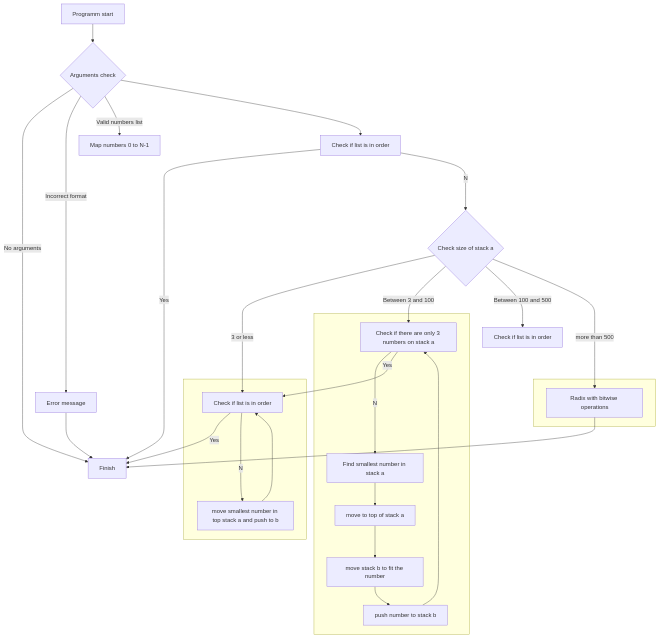
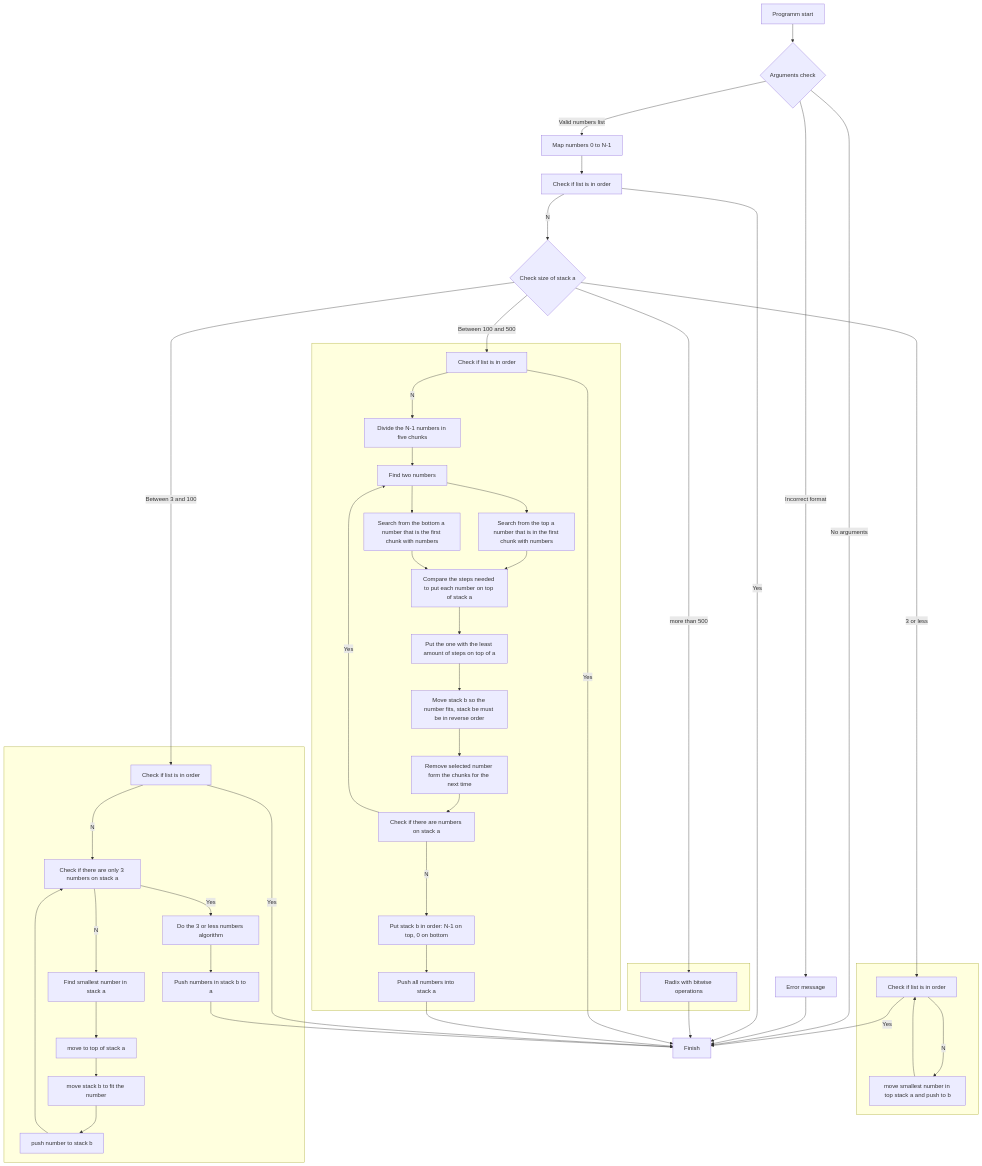
The diagram in algorithm.md (sanmorpa/push_swap), drawn with Mermaid before and after one commit.

Commit message:
Better flowchart
All cases added, I must modify the disposition

````diff
--- a/algorithm.md
+++ b/algorithm.md
@@ -2,26 +2,43 @@
 ```mermaid
     flowchart TB;
     A[Programm start]-->B{Arguments check};
     B--No arguments-->Z[Finish];
     B--Incorrect format-->D[Error message];
     D-->Z;
     B--Valid numbers list-->E[Map numbers 0 to N-1];
-    B-->Y[Check if list is in order];
+    E-->Y[Check if list is in order];
     Y--Yes-->Z;
     Y--No-->F{Check size of stack a};
     F--3 or less-->G[Check if list is in order];
-    F--Between 3 and 100-->H[Check if there are only 3 numbers on stack a];
+    F--Between 3 and 100-->R[Check if list is in order];
     F--Between 100 and 500-->I[Check if list is in order];
     F--more than 500-->J-->Z;
     G--Yes-->Z;
+    R--Yes-->Z;
+    I--Yes-->Z;
+    A4-->Z;
+    Q-->Z;
     subgraph  ;
-    G--No-->K[move smallest number in top stack a and push to b]-->G;
+        G--No-->K[move smallest number in top stack a and push to b]-->G;
     end;
     subgraph   ;
-    H--No-->L[Find smallest number in stack a]-->M[move to top of stack a]-->N[move stack b to fit the number]-->O[push number to stack b]-->H;
-    H--Yes-->G;
+        R--No-->H[Check if there are only 3 numbers on stack a];
+        H--No-->L[Find smallest number in stack a]-->M[move to top of stack a]-->N[move stack b to fit the number]-->O[push number to stack b]-->H;
+        H--Yes-->P[Do the 3 or less numbers algorithm]-->Q[Push numbers in stack b to a];
     end;
     subgraph    ;
-    J[Radix with bitwise operations];
+        J[Radix with bitwise operations];
+    end;
+    subgraph     ;
+        I--No-->S[Divide the N-1 numbers in five chunks];
+        S-->A5[Find two numbers];
+        A5-->T[Search from the top a number that is in the first chunk with numbers]-->V[Compare the steps needed to put each number on top of stack a];
+        A5-->U[Search from the bottom a number that is the first chunk with numbers]-->V;
+        V-->W[Put the one with the least amount of steps on top of a];
+        W-->X[Move stack b so the number fits, stack be must be in reverse order];
+        X-->A1[Remove selected number form the chunks for the next time];
+        A1-->A2[Check if there are numbers on stack a];
+        A2--Yes-->A5;
+        A2--No-->A3[Put stack b in order: N-1 on top, 0 on bottom]-->A4[Push all numbers into stack a];
     end;
 ```
````
